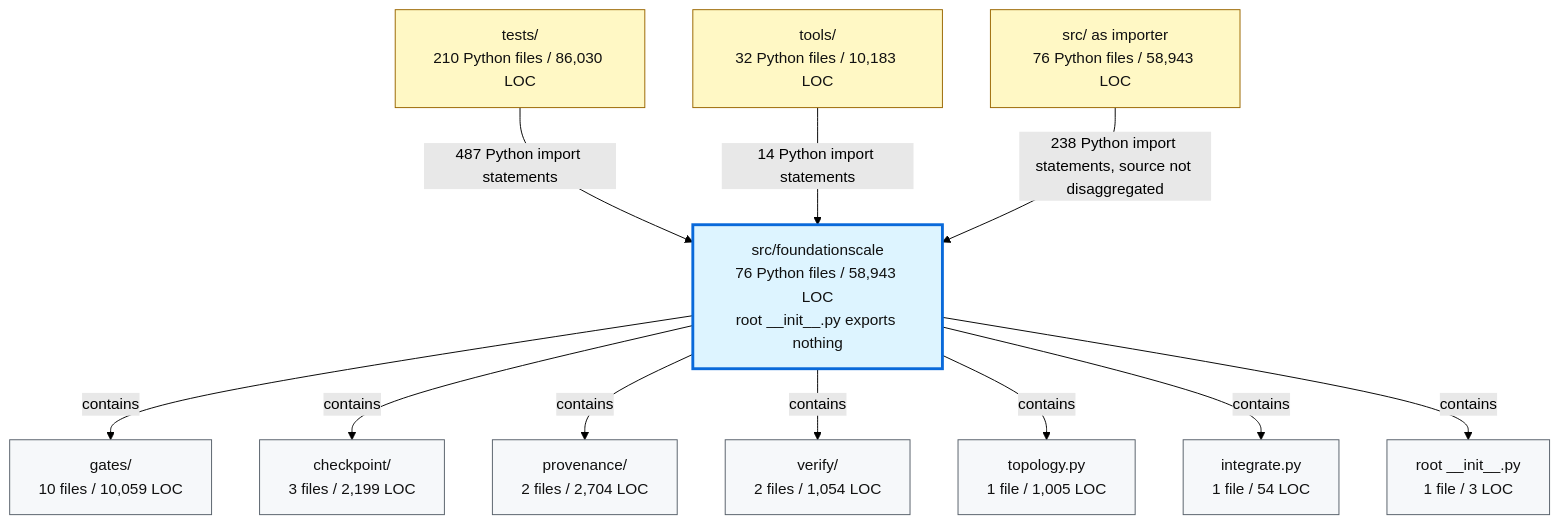
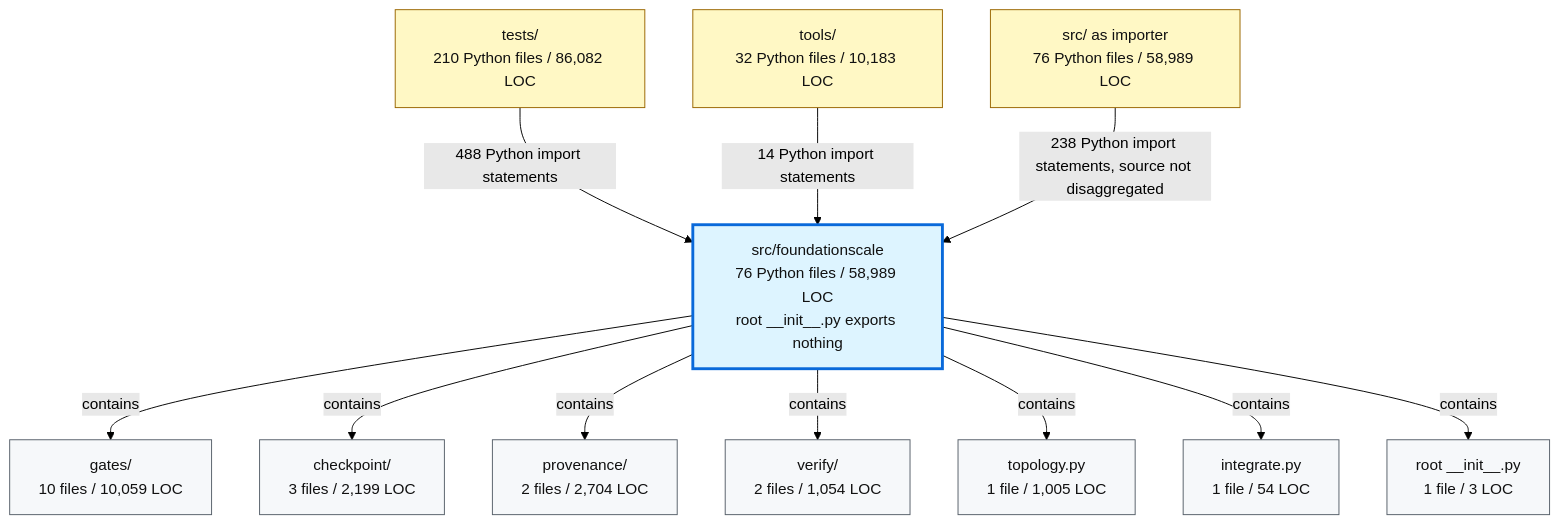
The second of 2 diagrams in docs/review/D2_current_architecture.md (TranNhiem/FoundationScale), drawn with Mermaid (forest theme) before and after one commit. The commit also changed other lines of this file and 14 other files, not shown here.

````diff
--- a/docs/review/D2_current_architecture.md
+++ b/docs/review/D2_current_architecture.md
@@ -97,36 +97,36 @@
 ```mermaid
 flowchart TB
-  TESTS["tests/<br/>210 Python files / 86,030 LOC"]
+  TESTS["tests/<br/>210 Python files / 86,082 LOC"]
   TOOLS["tools/<br/>32 Python files / 10,183 LOC"]
-  SRC["src/ as importer<br/>76 Python files / 58,943 LOC"]
+  SRC["src/ as importer<br/>76 Python files / 58,989 LOC"]
 
-  FS["src/foundationscale<br/>76 Python files / 58,943 LOC<br/>root __init__.py exports nothing"]
+  FS["src/foundationscale<br/>76 Python files / 58,989 LOC<br/>root __init__.py exports nothing"]
 
   GATES["gates/<br/>10 files / 10,059 LOC"]
   CKPT["checkpoint/<br/>3 files / 2,199 LOC"]
   PROV["provenance/<br/>2 files / 2,704 LOC"]
   VERIFY["verify/<br/>2 files / 1,054 LOC"]
   TOPO["topology.py<br/>1 file / 1,005 LOC"]
   INTEG["integrate.py<br/>1 file / 54 LOC"]
   ROOT["root __init__.py<br/>1 file / 3 LOC"]
 
-  TESTS -->|"487 Python import statements"| FS
+  TESTS -->|"488 Python import statements"| FS
   TOOLS -->|"14 Python import statements"| FS
   SRC -->|"238 Python import statements, source not disaggregated"| FS
 
   FS -->|"contains"| GATES
   FS -->|"contains"| CKPT
   FS -->|"contains"| PROV
   FS -->|"contains"| VERIFY
   FS -->|"contains"| TOPO
   FS -->|"contains"| INTEG
   FS -->|"contains"| ROOT
 
   classDef consumer fill:#fff8c5,stroke:#9a6700,color:#111;
   classDef package fill:#ddf4ff,stroke:#0969da,stroke-width:3px,color:#111;
   classDef module fill:#f6f8fa,stroke:#57606a,color:#111;
 
   class TESTS,TOOLS,SRC consumer;
   class FS package;
   class GATES,CKPT,PROV,VERIFY,TOPO,INTEG,ROOT module;
 ```
````
